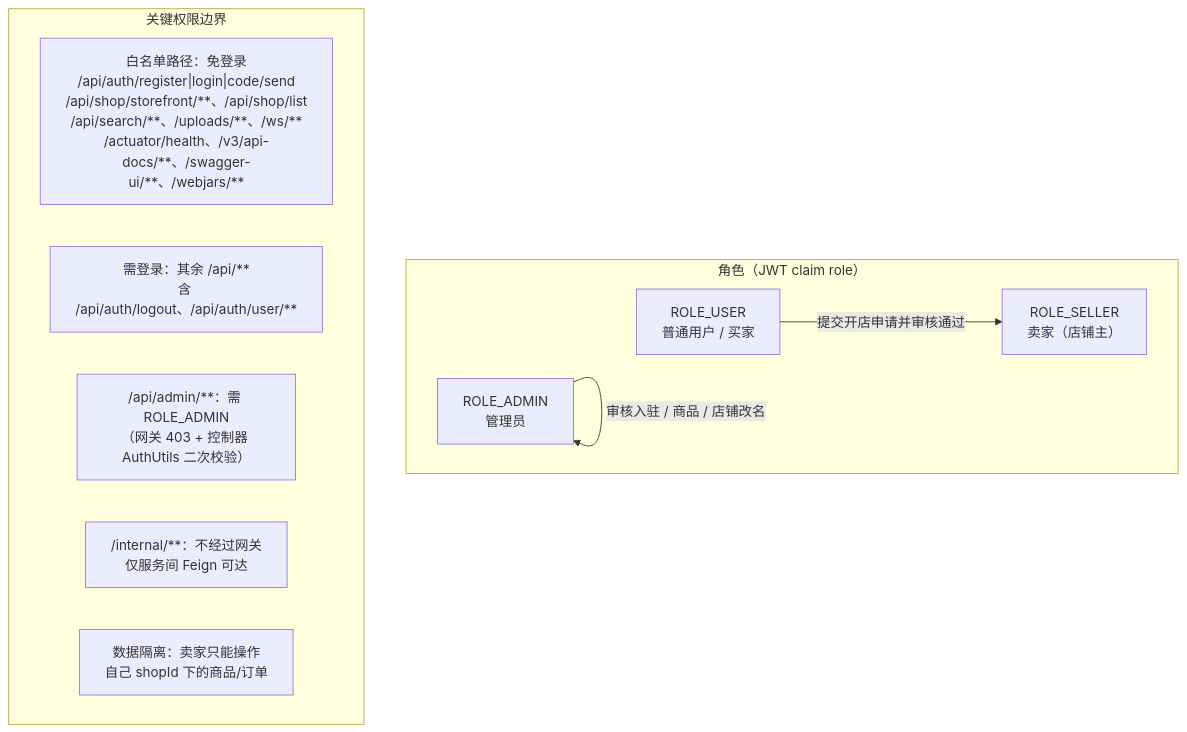
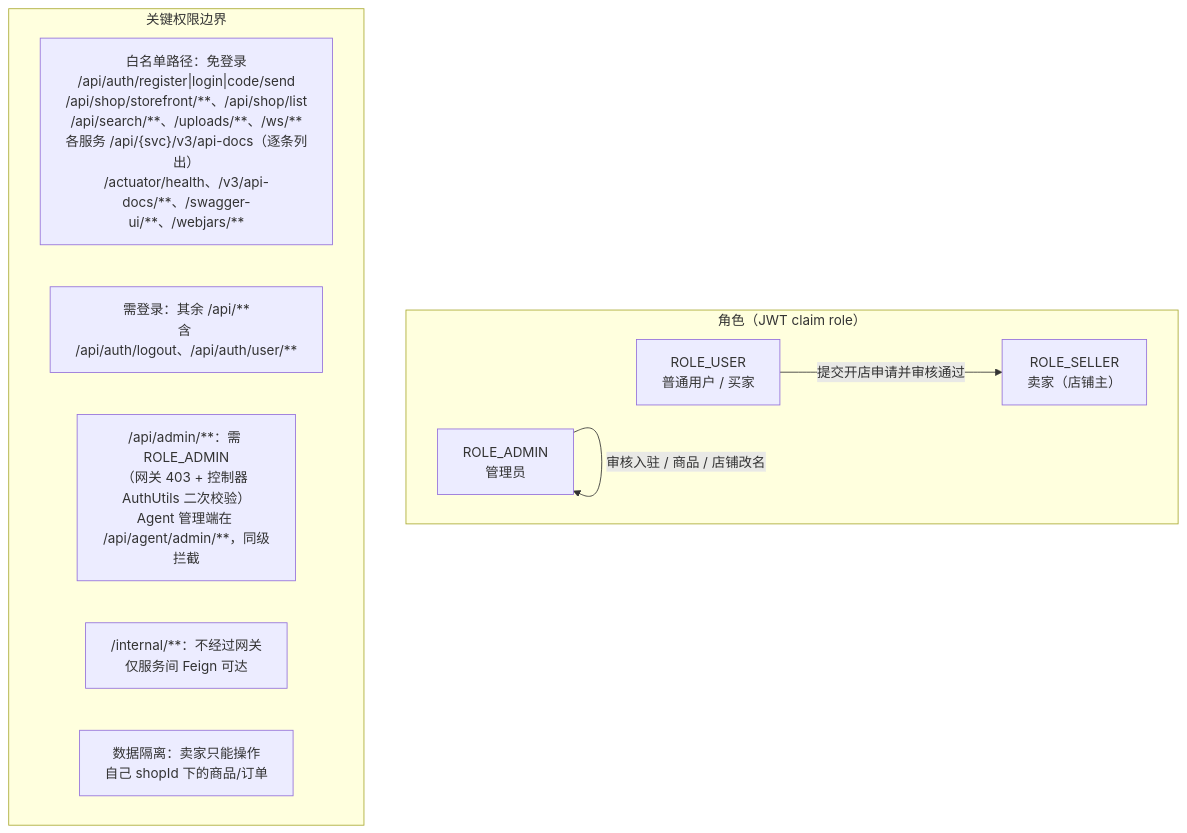
Before and after one commit to WaterSilverHg/ling-mart: the fifth of 19 diagrams in docs/architecture-diagrams.md, drawn with Mermaid. The commit also changed other lines of this file and 139 other files, not shown here.

````diff
--- a/docs/architecture-diagrams.md
+++ b/docs/architecture-diagrams.md
@@ -226,19 +228,19 @@
 ```mermaid
 flowchart TB
     subgraph ROLES["角色（JWT claim role）"]
         U["ROLE_USER<br/>普通用户 / 买家"]
         S["ROLE_SELLER<br/>卖家（店铺主）"]
         A["ROLE_ADMIN<br/>管理员"]
     end
 
     U -->|"提交开店申请并审核通过"| S
     A -->|"审核入驻 / 商品 / 店铺改名"| A
 
     subgraph PERM["关键权限边界"]
-        P1["白名单路径：免登录<br/>/api/auth/register|login|code/send<br/>/api/shop/storefront/**、/api/shop/list<br/>/api/search/**、/uploads/**、/ws/**<br/>/actuator/health、/v3/api-docs/**、/swagger-ui/**、/webjars/**"]
+        P1["白名单路径：免登录<br/>/api/auth/register|login|code/send<br/>/api/shop/storefront/**、/api/shop/list<br/>/api/search/**、/uploads/**、/ws/**<br/>各服务 /api/{svc}/v3/api-docs（逐条列出）<br/>/actuator/health、/v3/api-docs/**、/swagger-ui/**、/webjars/**"]
         P2["需登录：其余 /api/**<br/>含 /api/auth/logout、/api/auth/user/**"]
-        P3["/api/admin/**：需 ROLE_ADMIN<br/>（网关 403 + 控制器 AuthUtils 二次校验）"]
+        P3["/api/admin/**：需 ROLE_ADMIN<br/>（网关 403 + 控制器 AuthUtils 二次校验）<br/>Agent 管理端在 /api/agent/admin/**，同级拦截"]
         P4["/internal/**：不经过网关<br/>仅服务间 Feign 可达"]
         P5["数据隔离：卖家只能操作<br/>自己 shopId 下的商品/订单"]
     end
 ```
````
